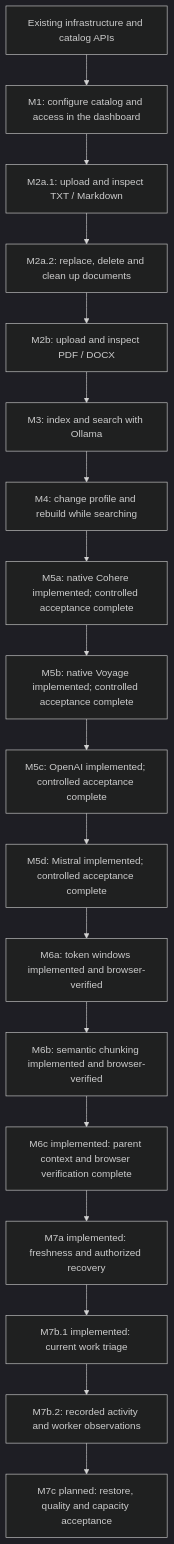
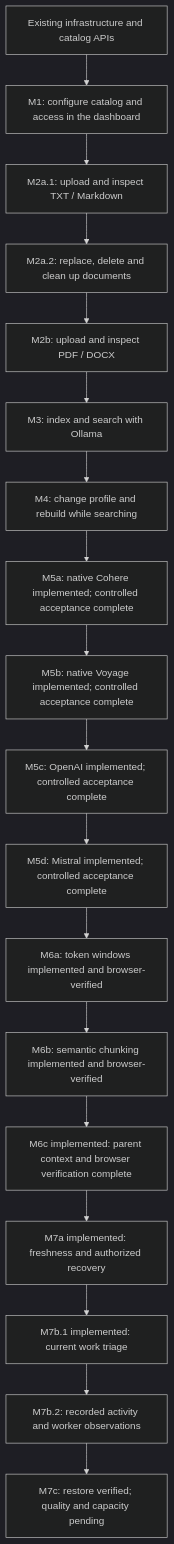
One commit to SimonLoir/vectorix changed the fifth of 5 diagrams in docs/rag-implementation-plan.md. Above: the diagram before and after it, drawn with Mermaid (dark theme). The commit also changed other lines of this file and 37 other files, not shown here.

````diff
--- a/docs/rag-implementation-plan.md
+++ b/docs/rag-implementation-plan.md
@@ -267,20 +267,20 @@
 ```mermaid
 flowchart TD
     BASE["Existing infrastructure and catalog APIs"] --> M1["M1: configure catalog and access in the dashboard"]
     M1 --> M2A["M2a.1: upload and inspect TXT / Markdown"]
     M2A --> M2A2["M2a.2: replace, delete and clean up documents"]
     M2A2 --> M2B["M2b: upload and inspect PDF / DOCX"]
     M2B --> M3["M3: index and search with Ollama"]
     M3 --> M4["M4: change profile and rebuild while searching"]
     M4 --> M5A["M5a: native Cohere implemented; controlled acceptance complete"]
     M5A --> M5B["M5b: native Voyage implemented; controlled acceptance complete"]
     M5B --> M5C["M5c: OpenAI implemented; controlled acceptance complete"]
     M5C --> M5D["M5d: Mistral implemented; controlled acceptance complete"]
     M5D --> M6A["M6a: token windows implemented and browser-verified"]
     M6A --> M6B["M6b: semantic chunking implemented and browser-verified"]
     M6B --> M6C["M6c implemented: parent context and browser verification complete"]
     M6C --> M7A["M7a implemented: freshness and authorized recovery"]
     M7A --> M7B1["M7b.1 implemented: current work triage"]
     M7B1 --> M7B2["M7b.2: recorded activity and worker observations"]
-    M7B2 --> M7C["M7c planned: restore, quality and capacity acceptance"]
+    M7B2 --> M7C["M7c: restore verified; quality and capacity pending"]
 ```
````
